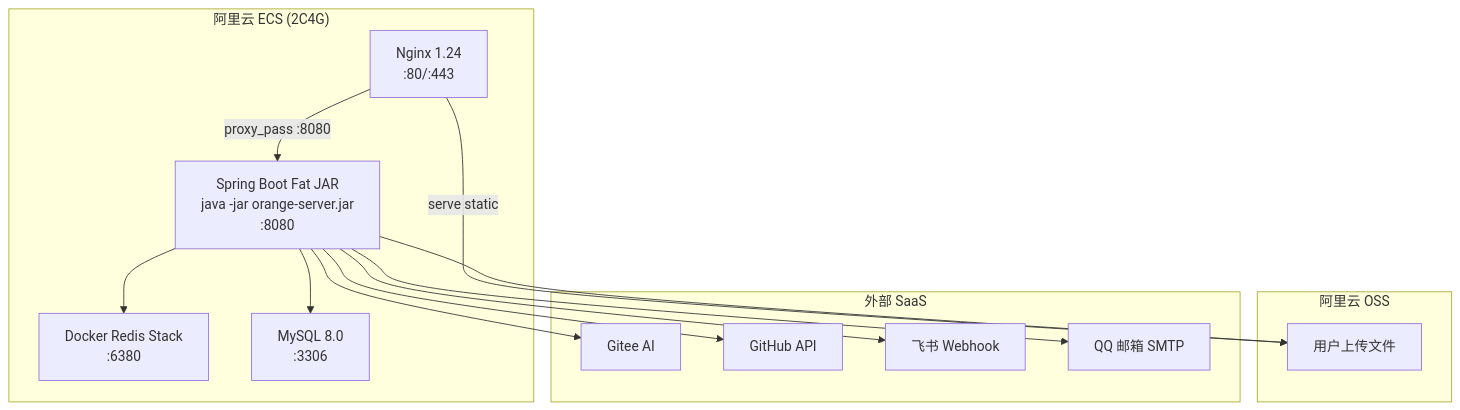
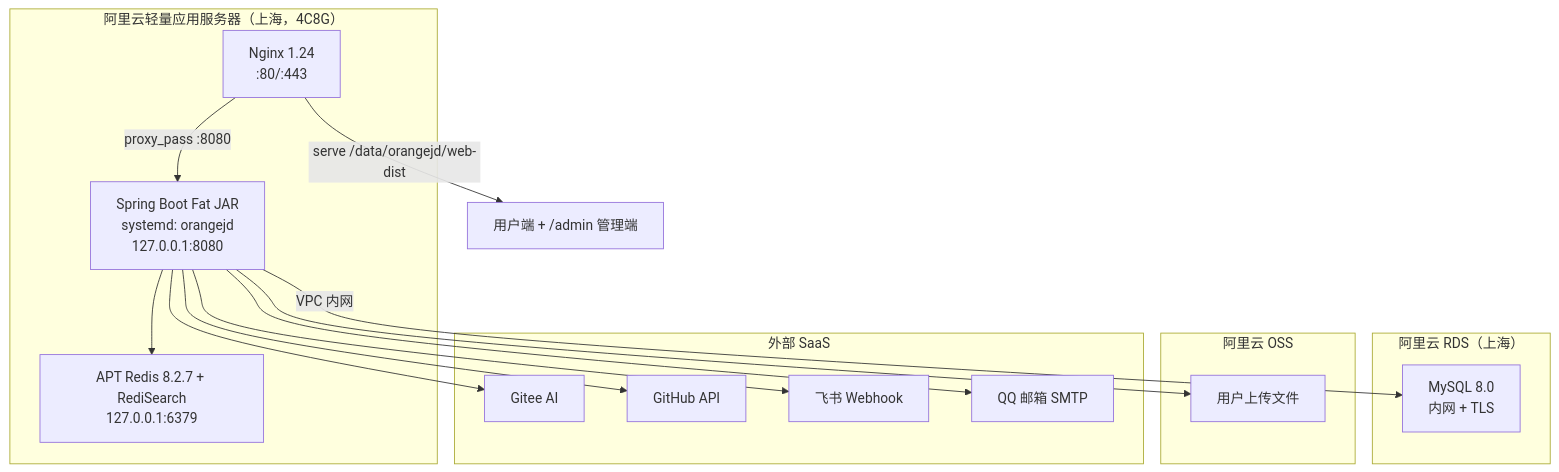
One commit to Orange-ui0811/BigOrange changed the ninth of 10 diagrams in docs/OrangeJD系统架构设计说明书.md. Above: the diagram before and after it, drawn with Mermaid. The commit also changed other lines of this file and 29 other files, not shown here.

````diff
--- a/docs/OrangeJD系统架构设计说明书.md
+++ b/docs/OrangeJD系统架构设计说明书.md
@@ -650,30 +677,33 @@
 ```mermaid
 graph TB
-    subgraph Cloud["阿里云 ECS (2C4G)"]
+    subgraph Cloud["阿里云轻量应用服务器（上海，4C8G）"]
         Nginx["Nginx 1.24<br/>:80/:443"]
-        App["Spring Boot Fat JAR<br/>java -jar orange-server.jar<br/>:8080"]
-        Redis["Docker Redis Stack<br/>:6380"]
-        MySQL_Local["MySQL 8.0<br/>:3306"]
+        App["Spring Boot Fat JAR<br/>systemd: orangejd<br/>127.0.0.1:8080"]
+        Redis["APT Redis 8.2.7 + RediSearch<br/>127.0.0.1:6379"]
+    end
+
+    subgraph RDS["阿里云 RDS（上海）"]
+        MySQL["MySQL 8.0<br/>内网 + TLS"]
     end
 
     subgraph Storage_Cloud["阿里云 OSS"]
         Files["用户上传文件"]
     end
 
     subgraph External["外部 SaaS"]
         GiteeAI["Gitee AI"]
         GitHub["GitHub API"]
         Feishu["飞书 Webhook"]
         QQMail["QQ 邮箱 SMTP"]
     end
 
     Nginx -->|proxy_pass :8080| App
-    Nginx -->|serve static| Files
-    App --> MySQL_Local
+    Nginx -->|serve /data/orangejd/web-dist| Static["用户端 + /admin 管理端"]
+    App -->|VPC 内网| MySQL
     App --> Redis
     App --> GiteeAI
     App --> GitHub
     App --> Feishu
     App --> QQMail
     App --> Files
 ```
````
